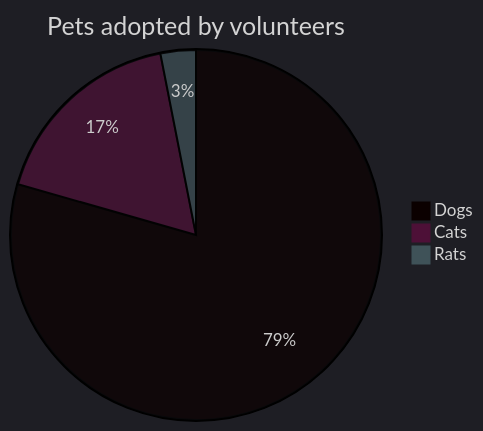
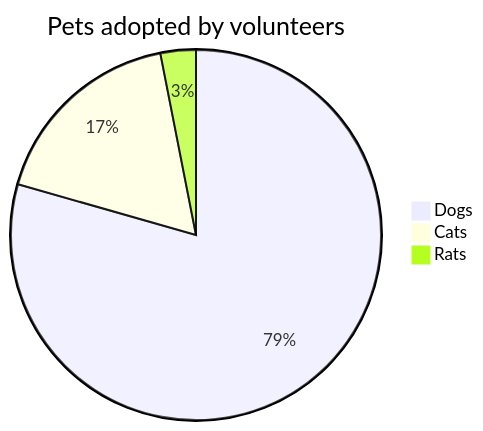
Before and after one commit to julienadam/Revealer: the fourth of 11 diagrams in src/Revealer/samples/sample1/index.md, drawn with Mermaid. The commit also changed other lines of this file and 4 other files, not shown here.

Commit message:
Updated mermaid, added white background for mermaid

````diff
--- a/src/Revealer/samples/sample1/index.md
+++ b/src/Revealer/samples/sample1/index.md
@@ -184,7 +182,6 @@
 ```mermaid
-%%{init: {'theme': 'dark', 'themeVariables': { 'darkMode': true }}}%%
 pie title Pets adopted by volunteers
 "Dogs" : 386
 "Cats" : 85
 "Rats" : 15
 ```
````
